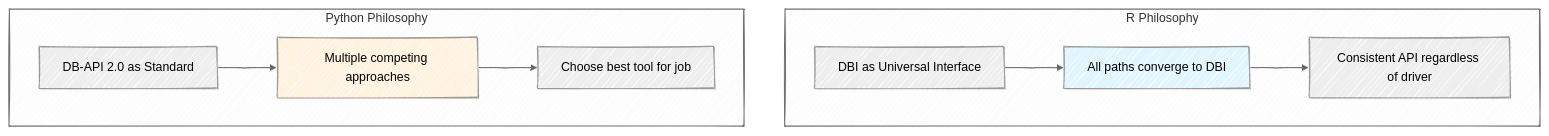
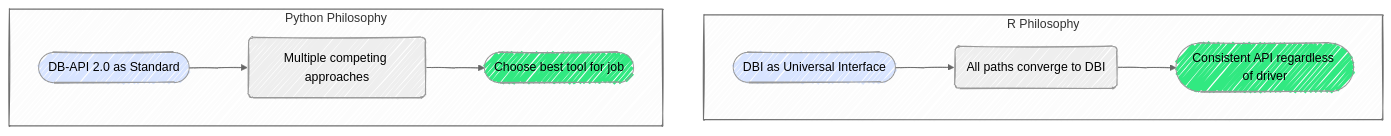
Before and after one commit to mjfrigaard/do4ds-labs: the third of 6 diagrams in lab3.qmd, drawn with Mermaid. The commit also changed other lines of this file and 38 other files, not shown here.

````diff
--- a/lab3.qmd
+++ b/lab3.qmd
@@ -185,19 +203,23 @@
 ```{mermaid}
 %%| fig-cap: 'DB Connection Mental Model Differences'
 %%| fig-align: center
 %%{init: {'theme': 'neutral', 'look': 'handDrawn', 'themeVariables': { 'fontFamily': 'monospace', "fontSize":"16px"}}}%%
+
 graph TD
-    subgraph "R Philosophy"
-        A[DBI as Universal Interface] --> B[All paths converge to DBI]
-        B --> C[Consistent API regardless of driver]
+    subgraph RPhil["R Philosophy"]
+        A(["DBI as Universal Interface"]) --> B("All paths converge to DBI")
+        B --> C(["Consistent API regardless of driver"])
     end
     
-    subgraph "Python Philosophy"
-        D[DB-API 2.0 as Standard] --> E[Multiple competing approaches]
-        E --> F[Choose best tool for job]
+    subgraph PyPhil["Python Philosophy"]
+        D(["DB-API 2.0 as Standard"]) --> E("Multiple competing approaches")
+        E --> F(["Choose best tool for job"])
     end
     
-    style B fill:#e1f5fe
-    style E fill:#fff3e0
+    style A fill:#d8e4ff
+    style D fill:#d8e4ff
+
+    style C fill:#31e981
+    style F fill:#31e981
     
 ```
````
